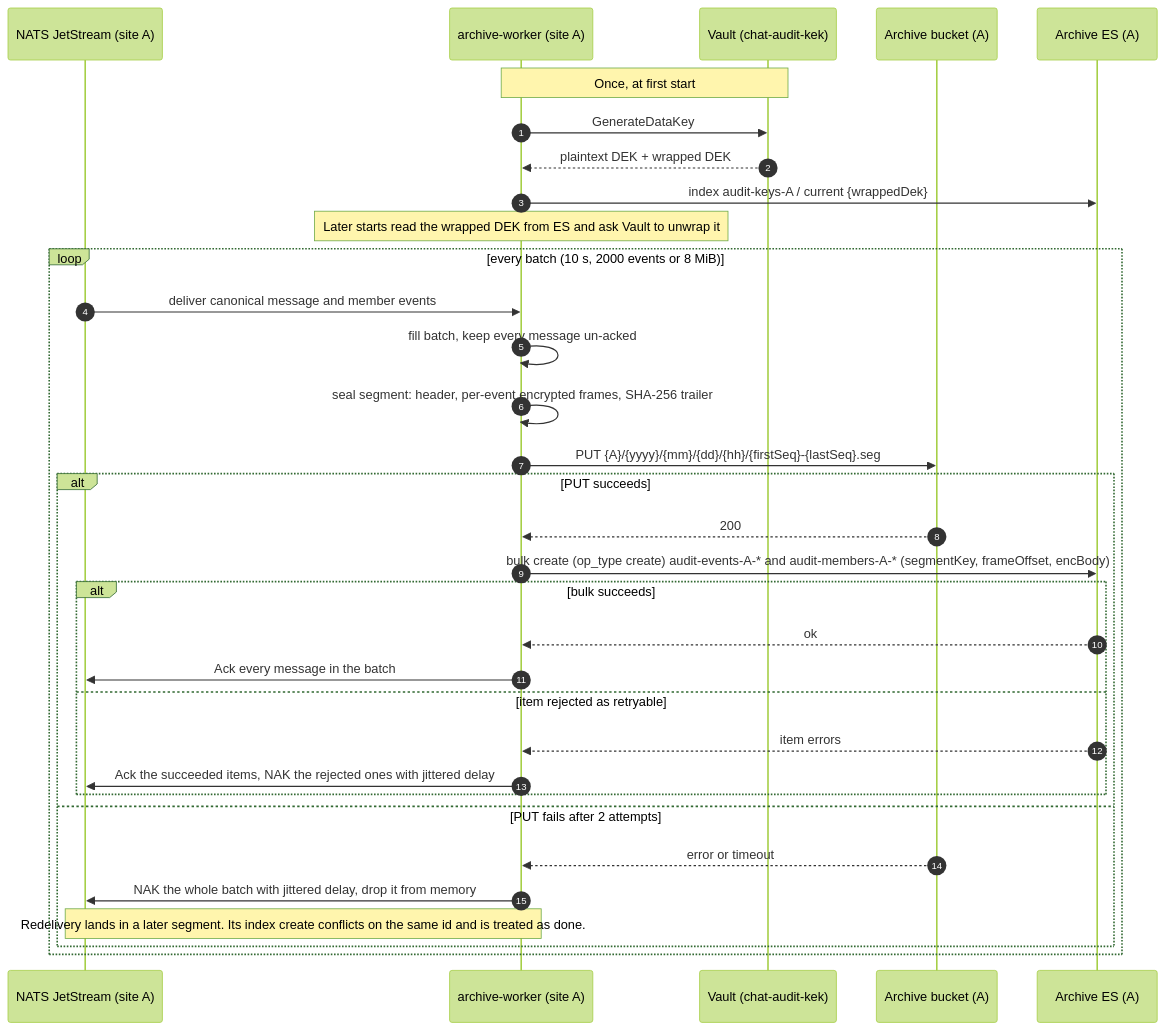
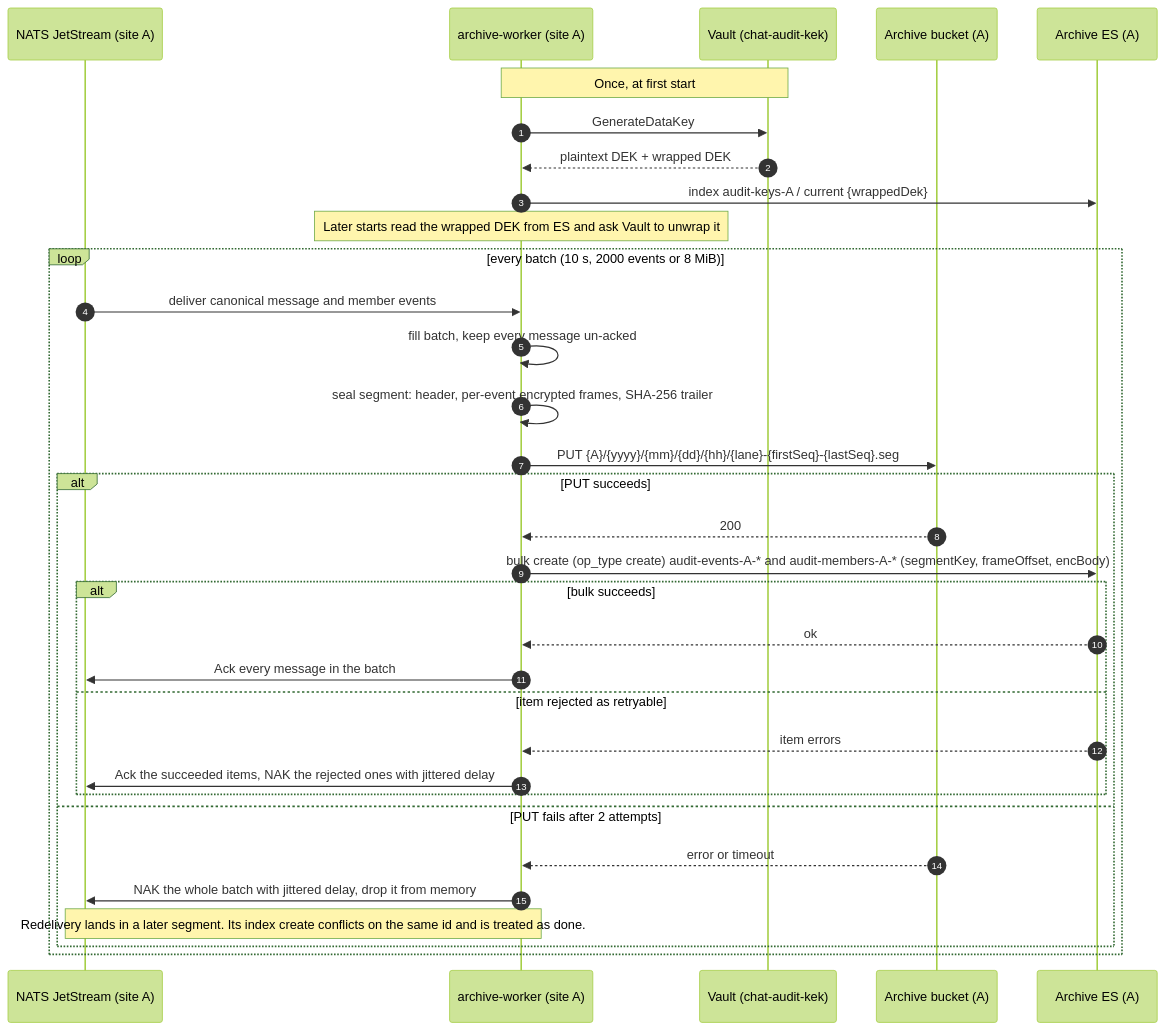
One commit to hmchangw/newchat changed the first of 2 diagrams in docs/superpowers/specs/2026-09-29-message-audit-access-design.md. Above: the diagram before and after it, drawn with Mermaid (forest theme). The commit also changed other lines of this file and 1 other file, not shown here.

````diff
--- a/docs/superpowers/specs/2026-09-29-message-audit-access-design.md
+++ b/docs/superpowers/specs/2026-09-29-message-audit-access-design.md
@@ -111,37 +111,37 @@
 ```mermaid
 sequenceDiagram
     autonumber
     participant JS as NATS JetStream (site A)
     participant W as archive-worker (site A)
     participant V as Vault (chat-audit-kek)
     participant B as Archive bucket (A)
     participant ES as Archive ES (A)
 
     Note over W,V: Once, at first start
     W->>V: GenerateDataKey
     V-->>W: plaintext DEK + wrapped DEK
     W->>ES: index audit-keys-A / current {wrappedDek}
     Note over W: Later starts read the wrapped DEK from ES and ask Vault to unwrap it
 
     loop every batch (10 s, 2000 events or 8 MiB)
         JS->>W: deliver canonical message and member events
         W->>W: fill batch, keep every message un-acked
         W->>W: seal segment: header, per-event encrypted frames, SHA-256 trailer
-        W->>B: PUT {A}/{yyyy}/{mm}/{dd}/{hh}/{firstSeq}-{lastSeq}.seg
+        W->>B: PUT {A}/{yyyy}/{mm}/{dd}/{hh}/{lane}-{firstSeq}-{lastSeq}.seg
         alt PUT succeeds
             B-->>W: 200
             W->>ES: bulk create (op_type create) audit-events-A-* and audit-members-A-* (segmentKey, frameOffset, encBody)
             alt bulk succeeds
                 ES-->>W: ok
                 W->>JS: Ack every message in the batch
             else item rejected as retryable
                 ES-->>W: item errors
                 W->>JS: Ack the succeeded items, NAK the rejected ones with jittered delay
             end
         else PUT fails after 2 attempts
             B-->>W: error or timeout
             W->>JS: NAK the whole batch with jittered delay, drop it from memory
             Note over JS,W: Redelivery lands in a later segment. Its index create conflicts on the same id and is treated as done.
         end
     end
 ```
````
